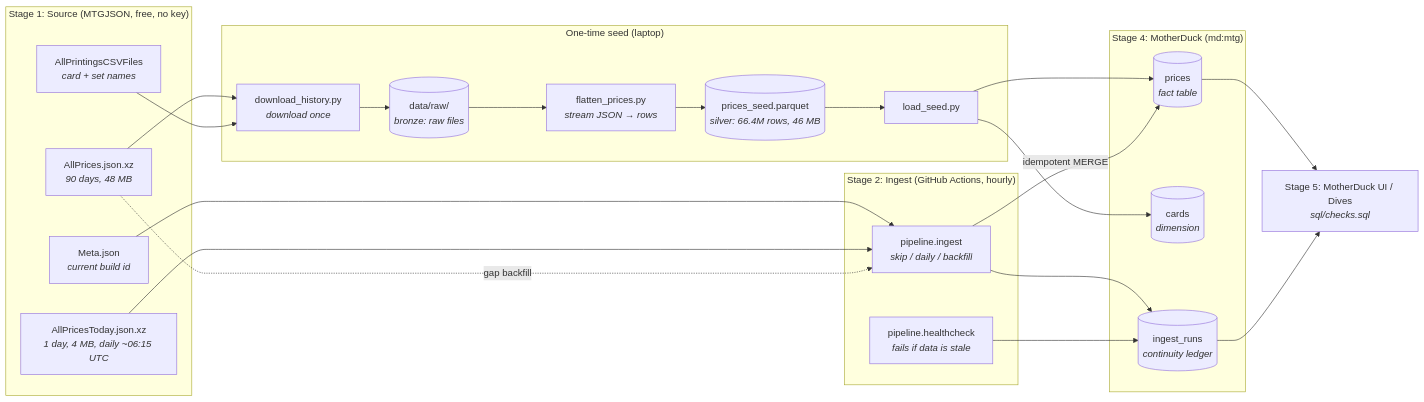
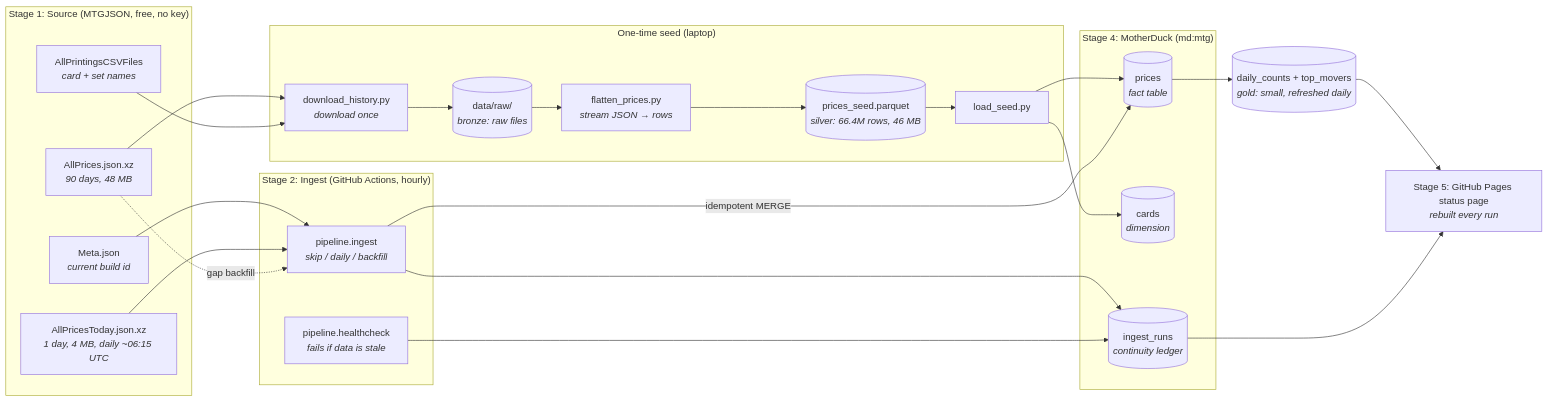
Before and after one commit to EthanHilton3/mtg-price-pipeline: the diagram in README.md, drawn with Mermaid. The commit also changed other lines of this file and 8 other files, not shown here.

Commit message:
Add GitHub Pages status page and summary tables

````diff
--- a/README.md
+++ b/README.md
@@ -10,44 +12,45 @@
 ```mermaid
 flowchart LR
     subgraph src["Stage 1: Source (MTGJSON, free, no key)"]
         HIST["AllPrices.json.xz<br/><i>90 days, 48 MB</i>"]
         TODAY["AllPricesToday.json.xz<br/><i>1 day, 4 MB, daily ~06:15 UTC</i>"]
         META["Meta.json<br/><i>current build id</i>"]
         CSV["AllPrintingsCSVFiles<br/><i>card + set names</i>"]
     end
 
     subgraph seed["One-time seed (laptop)"]
         DL["download_history.py<br/><i>download once</i>"]
         RAW[("data/raw/<br/><i>bronze: raw files</i>")]
         FLAT["flatten_prices.py<br/><i>stream JSON → rows</i>"]
         PQ[("prices_seed.parquet<br/><i>silver: 66.4M rows, 46 MB</i>")]
         LOAD["load_seed.py"]
     end
 
     subgraph run["Stage 2: Ingest (GitHub Actions, hourly)"]
         ING["pipeline.ingest<br/><i>skip / daily / backfill</i>"]
         HC["pipeline.healthcheck<br/><i>fails if data is stale</i>"]
     end
 
     subgraph store["Stage 4: MotherDuck (md:mtg)"]
         PRICES[("prices<br/><i>fact table</i>")]
         CARDS[("cards<br/><i>dimension</i>")]
         RUNS[("ingest_runs<br/><i>continuity ledger</i>")]
     end
 
-    SHOW["Stage 5: MotherDuck UI / Dives<br/><i>sql/checks.sql</i>"]
+    GOLD[("daily_counts + top_movers<br/><i>gold: small, refreshed daily</i>")]
+    SHOW["Stage 5: GitHub Pages status page<br/><i>rebuilt every run</i>"]
 
     HIST --> DL
     CSV --> DL
     DL --> RAW --> FLAT --> PQ --> LOAD
     LOAD --> PRICES
     LOAD --> CARDS
     META --> ING
     TODAY --> ING
     HIST -. gap backfill .-> ING
     ING -->|idempotent MERGE| PRICES
     ING --> RUNS
     HC --> RUNS
-    PRICES --> SHOW
+    PRICES --> GOLD --> SHOW
     RUNS --> SHOW
 ```
````
